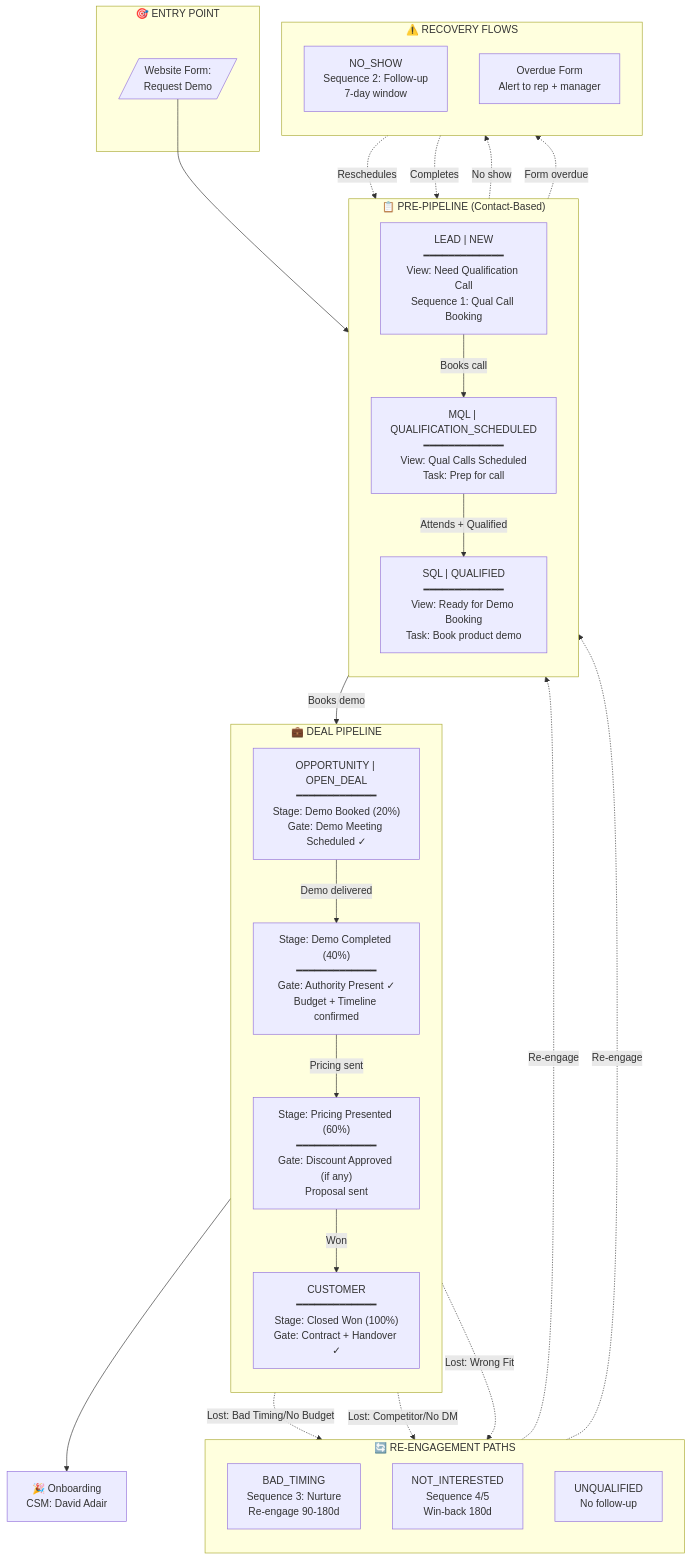
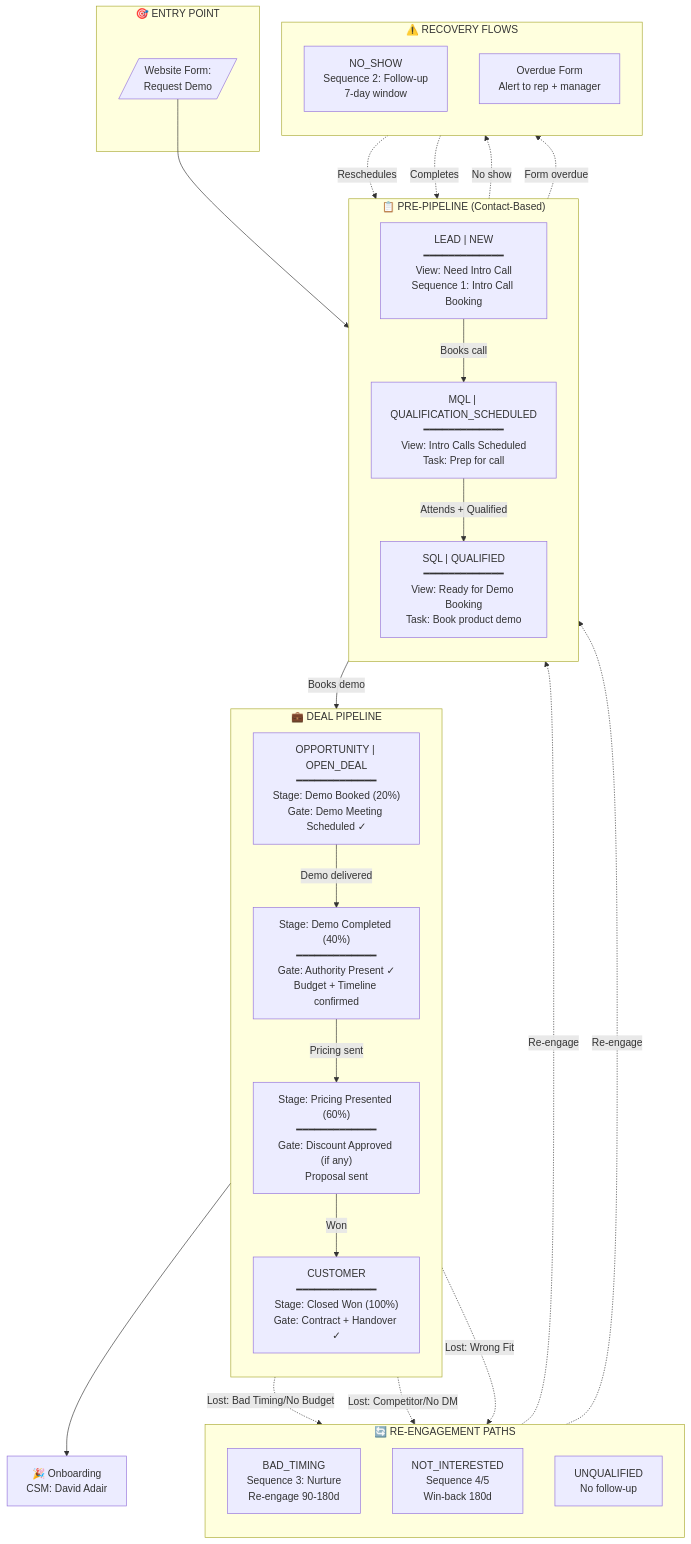
The first of 6 diagrams in Hubspot/HubSpot_Master_Plan_CONSOLIDATED.md (mattmaxted-cmyk/AIAssistant), drawn with Mermaid before and after one commit. The commit also changed other lines of this file and 12 other files, not shown here.

````diff
--- a/Hubspot/HubSpot_Master_Plan_CONSOLIDATED.md
+++ b/Hubspot/HubSpot_Master_Plan_CONSOLIDATED.md
@@ -1655,56 +1684,56 @@
 ```mermaid
 flowchart TB
     subgraph ENTRY["🎯 ENTRY POINT"]
         A[/"Website Form:<br/>Request Demo"/]
     end
     
     subgraph PRE_PIPELINE["📋 PRE-PIPELINE (Contact-Based)"]
         direction TB
-        B["LEAD | NEW<br/>━━━━━━━━━━━━━<br/>View: Need Qualification Call<br/>Sequence 1: Qual Call Booking"]
-        C["MQL | QUALIFICATION_SCHEDULED<br/>━━━━━━━━━━━━━<br/>View: Qual Calls Scheduled<br/>Task: Prep for call"]
+        B["LEAD | NEW<br/>━━━━━━━━━━━━━<br/>View: Need Intro Call<br/>Sequence 1: Intro Call Booking"]
+        C["MQL | QUALIFICATION_SCHEDULED<br/>━━━━━━━━━━━━━<br/>View: Intro Calls Scheduled<br/>Task: Prep for call"]
         D["SQL | QUALIFIED<br/>━━━━━━━━━━━━━<br/>View: Ready for Demo Booking<br/>Task: Book product demo"]
     end
     
     subgraph PIPELINE["💼 DEAL PIPELINE"]
         direction TB
         E["OPPORTUNITY | OPEN_DEAL<br/>━━━━━━━━━━━━━<br/>Stage: Demo Booked (20%)<br/>Gate: Demo Meeting Scheduled ✓"]
         F["Stage: Demo Completed (40%)<br/>━━━━━━━━━━━━━<br/>Gate: Authority Present ✓<br/>Budget + Timeline confirmed"]
         G["Stage: Pricing Presented (60%)<br/>━━━━━━━━━━━━━<br/>Gate: Discount Approved (if any)<br/>Proposal sent"]
         H["CUSTOMER<br/>━━━━━━━━━━━━━<br/>Stage: Closed Won (100%)<br/>Gate: Contract + Handover ✓"]
     end
     
     subgraph EXIT_PATHS["🔄 RE-ENGAGEMENT PATHS"]
         direction TB
         L1["BAD_TIMING<br/>Sequence 3: Nurture<br/>Re-engage 90-180d"]
         L2["NOT_INTERESTED<br/>Sequence 4/5<br/>Win-back 180d"]
         L3["UNQUALIFIED<br/>No follow-up"]
     end
     
     subgraph RECOVERY["⚠️ RECOVERY FLOWS"]
         direction TB
         NS["NO_SHOW<br/>Sequence 2: Follow-up<br/>7-day window"]
         OV["Overdue Form<br/>Alert to rep + manager"]
     end
     
     A --> B
     B -->|"Books call"| C
     C -->|"Attends + Qualified"| D
     D -->|"Books demo"| E
     E -->|"Demo delivered"| F
     F -->|"Pricing sent"| G
     G -->|"Won"| H
     
     C -.->|"No show"| NS
     NS -.->|"Reschedules"| C
     C -.->|"Form overdue"| OV
     OV -.->|"Completes"| D
     
     G -.->|"Lost: Bad Timing/No Budget"| L1
     G -.->|"Lost: Competitor/No DM"| L2
     G -.->|"Lost: Wrong Fit"| L3
     
     L1 -.->|"Re-engage"| B
     L2 -.->|"Re-engage"| B
     
     H --> I["🎉 Onboarding<br/>CSM: David Adair"]
 ```
````
